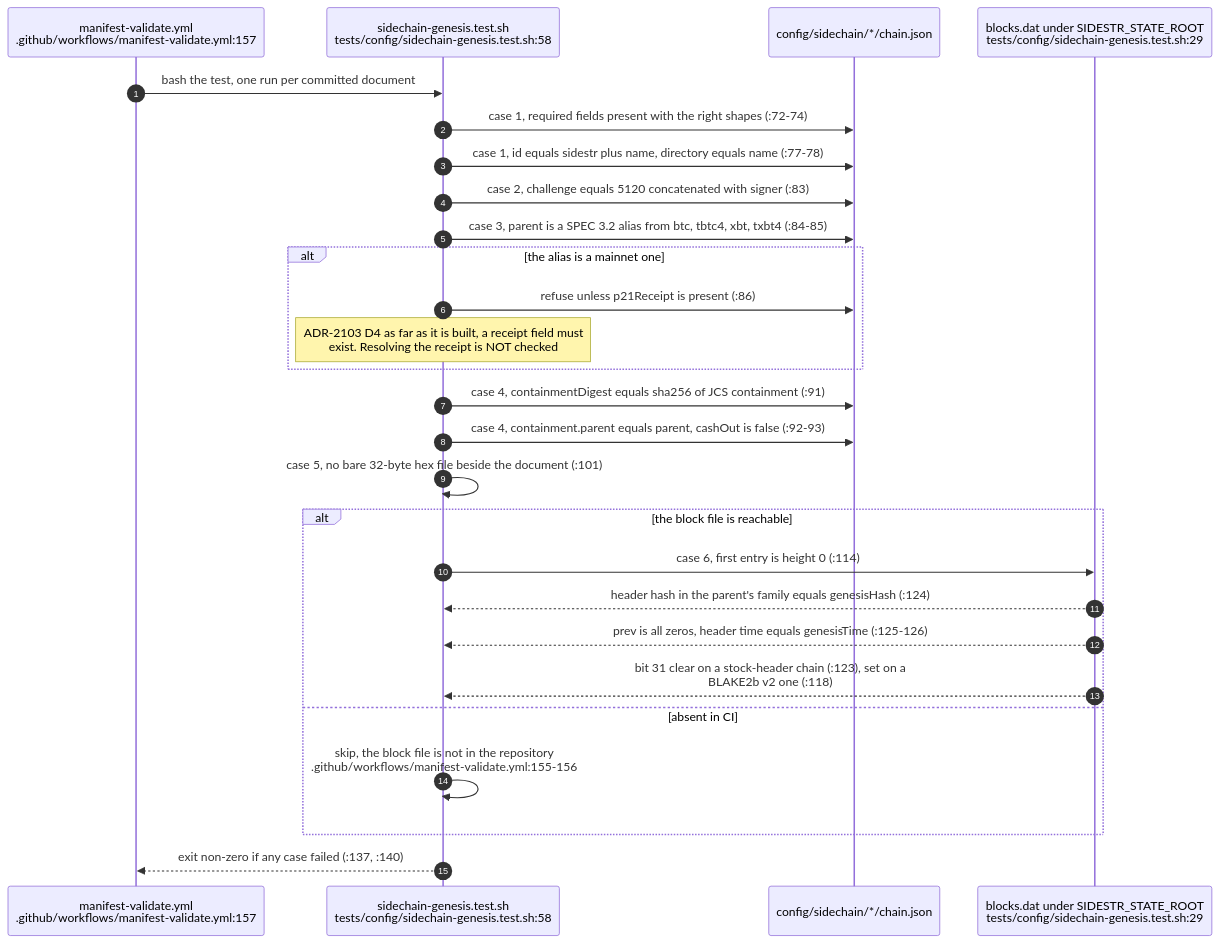
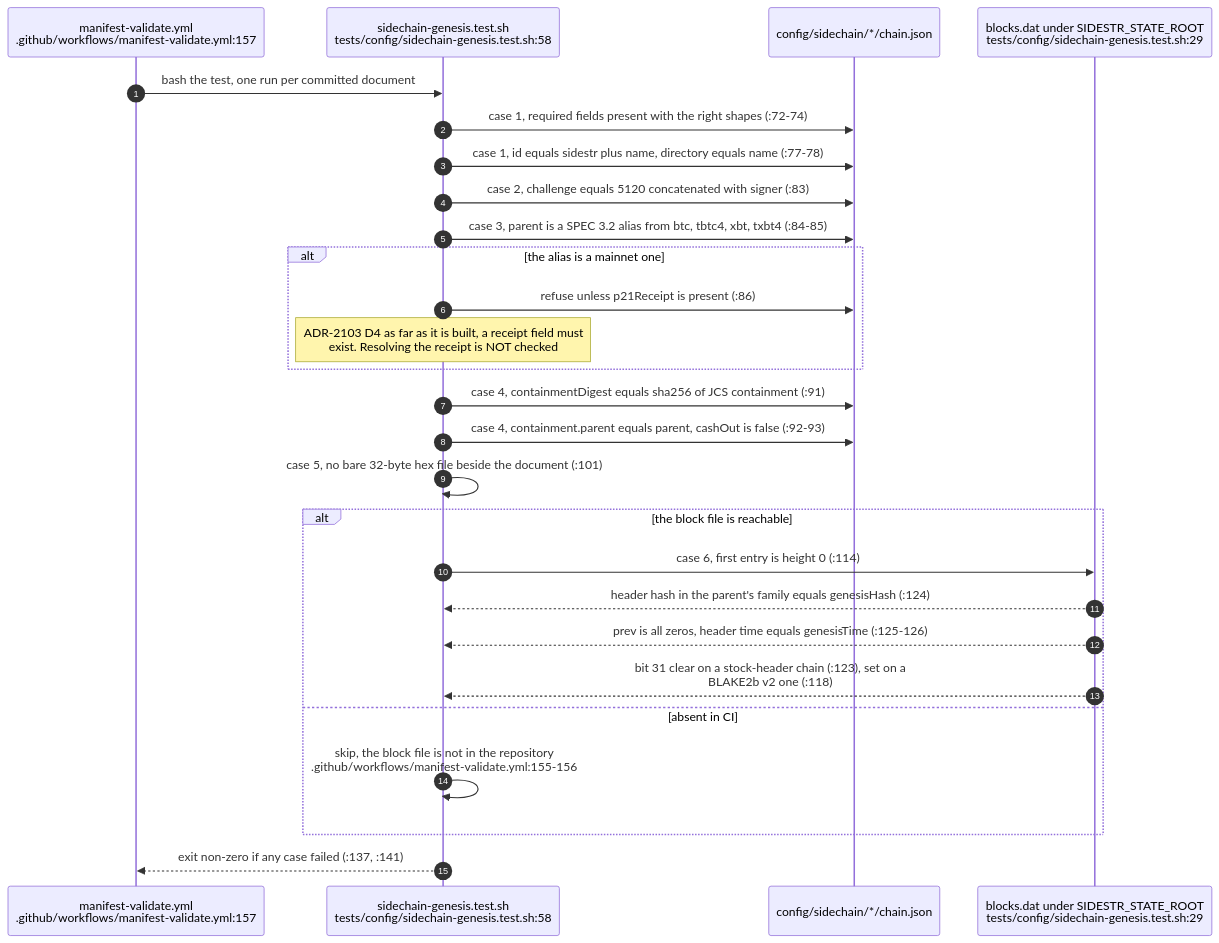
The third of 5 diagrams in docs/diagrams/agentbox/32-sidechain-root-seal.md (DreamLab-AI/VisionFlow), drawn with Mermaid before and after one commit. The commit also changed other lines of this file and 173 other files, not shown here.

````diff
--- a/docs/diagrams/agentbox/32-sidechain-root-seal.md
+++ b/docs/diagrams/agentbox/32-sidechain-root-seal.md
@@ -109,30 +111,30 @@
 ```mermaid
 sequenceDiagram
     autonumber
     participant CI as manifest-validate.yml<br/>.github/workflows/manifest-validate.yml:157
     participant T as sidechain-genesis.test.sh<br/>tests/config/sidechain-genesis.test.sh:58
     participant DOC as config/sidechain/*/chain.json
     participant DAT as blocks.dat under SIDESTR_STATE_ROOT<br/>tests/config/sidechain-genesis.test.sh:29
 
     CI->>T: bash the test, one run per committed document
     T->>DOC: case 1, required fields present with the right shapes (:72-74)
     T->>DOC: case 1, id equals sidestr plus name, directory equals name (:77-78)
     T->>DOC: case 2, challenge equals 5120 concatenated with signer (:83)
     T->>DOC: case 3, parent is a SPEC 3.2 alias from btc, tbtc4, xbt, txbt4 (:84-85)
     alt the alias is a mainnet one
         T->>DOC: refuse unless p21Receipt is present (:86)
         Note over T: ADR-2103 D4 as far as it is built, a receipt field must<br/>exist. Resolving the receipt is NOT checked
     end
     T->>DOC: case 4, containmentDigest equals sha256 of JCS containment (:91)
     T->>DOC: case 4, containment.parent equals parent, cashOut is false (:92-93)
     T->>T: case 5, no bare 32-byte hex file beside the document (:101)
     alt the block file is reachable
         T->>DAT: case 6, first entry is height 0 (:114)
         DAT-->>T: header hash in the parent's family equals genesisHash (:124)
         DAT-->>T: prev is all zeros, header time equals genesisTime (:125-126)
         DAT-->>T: bit 31 clear on a stock-header chain (:123), set on a<br/>BLAKE2b v2 one (:118)
     else absent in CI
         T->>T: skip, the block file is not in the repository<br/>.github/workflows/manifest-validate.yml:155-156
     end
-    T-->>CI: exit non-zero if any case failed (:137, :140)
+    T-->>CI: exit non-zero if any case failed (:137, :141)
 ```
````
